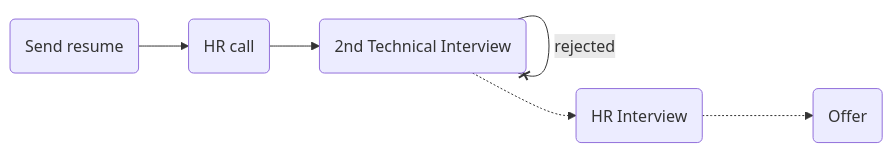
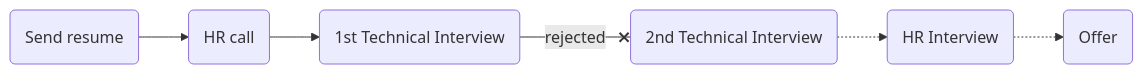
One commit to mo1ein/jobname changed the diagram in snapp/snapp_cab_2.md. Above: the diagram before and after it, drawn with Mermaid.

````diff
--- a/snapp/snapp_cab_2.md
+++ b/snapp/snapp_cab_2.md
@@ -4,4 +4,4 @@
 ```mermaid
 flowchart LR
-    sr(Send resume) --> hr(HR call) --> ti1(1st Technical Interview) --rejected--x  ti1(2nd Technical Interview) -.-> hri(HR Interview) -.-> o(Offer)
+    sr(Send resume) --> hr(HR call) --> ti1(1st Technical Interview) --rejected--x  ti2(2nd Technical Interview) -.-> hri(HR Interview) -.-> o(Offer)
 ```
````
